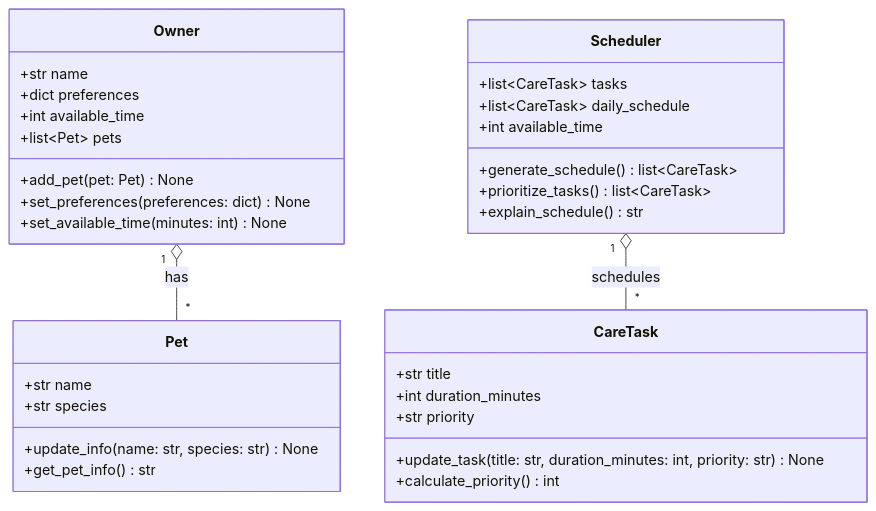
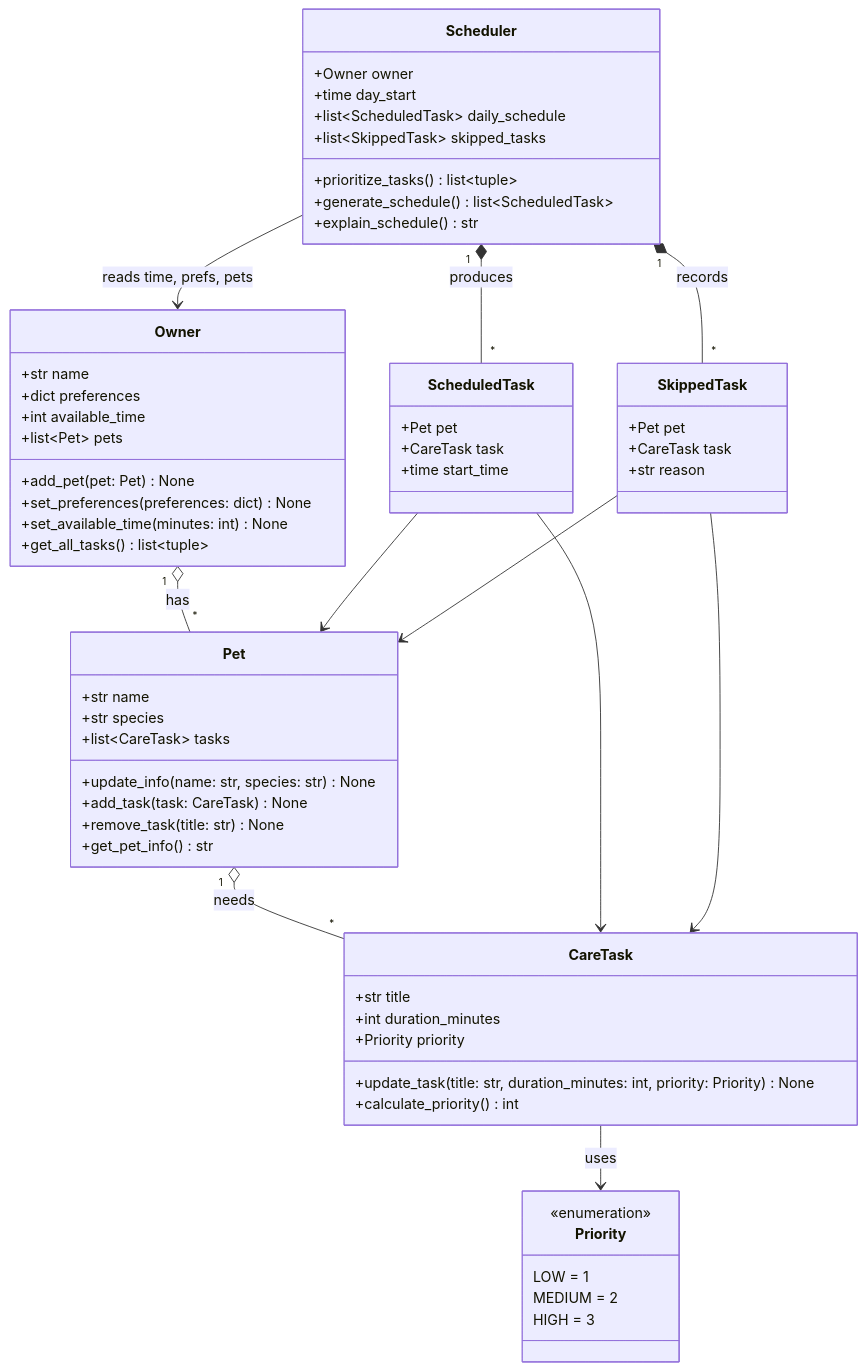
The diagram in diagrams/diagrams.mmd (nahom-ghebremedhn/ai110-module2show-pawpal-starter), drawn with Mermaid before and after one commit. The commit also changed 3 other files, not shown here.

Commit message:
changed and updated the pawpal_system.py and diagrams.md

```diff
--- a/diagrams/diagrams.mmd
+++ b/diagrams/diagrams.mmd
@@ -1,39 +1,71 @@
 classDiagram
     %% Keep this file updated so it matches your final implementation.
+
+    class Priority {
+        <<enumeration>>
+        LOW = 1
+        MEDIUM = 2
+        HIGH = 3
+    }
 
     class Owner {
         +str name
         +dict preferences
         +int available_time
         +list~Pet~ pets
         +add_pet(pet: Pet) None
         +set_preferences(preferences: dict) None
         +set_available_time(minutes: int) None
+        +get_all_tasks() list~tuple~
     }
 
     class Pet {
         +str name
         +str species
+        +list~CareTask~ tasks
         +update_info(name: str, species: str) None
+        +add_task(task: CareTask) None
+        +remove_task(title: str) None
         +get_pet_info() str
     }
 
     class CareTask {
         +str title
         +int duration_minutes
-        +str priority
-        +update_task(title: str, duration_minutes: int, priority: str) None
+        +Priority priority
+        +update_task(title: str, duration_minutes: int, priority: Priority) None
         +calculate_priority() int
     }
 
+    class ScheduledTask {
+        +Pet pet
+        +CareTask task
+        +time start_time
+    }
+
+    class SkippedTask {
+        +Pet pet
+        +CareTask task
+        +str reason
+    }
+
     class Scheduler {
-        +list~CareTask~ tasks
-        +list~CareTask~ daily_schedule
-        +int available_time
-        +generate_schedule() list~CareTask~
-        +prioritize_tasks() list~CareTask~
+        +Owner owner
+        +time day_start
+        +list~ScheduledTask~ daily_schedule
+        +list~SkippedTask~ skipped_tasks
+        +prioritize_tasks() list~tuple~
+        +generate_schedule() list~ScheduledTask~
         +explain_schedule() str
     }
 
     Owner "1" o-- "*" Pet : has
-    Scheduler "1" o-- "*" CareTask : schedules
+    Pet "1" o-- "*" CareTask : needs
+    CareTask --> Priority : uses
+    Scheduler --> Owner : reads time, prefs, pets
+    Scheduler "1" *-- "*" ScheduledTask : produces
+    Scheduler "1" *-- "*" SkippedTask : records
+    ScheduledTask --> Pet
+    ScheduledTask --> CareTask
+    SkippedTask --> Pet
+    SkippedTask --> CareTask
```
